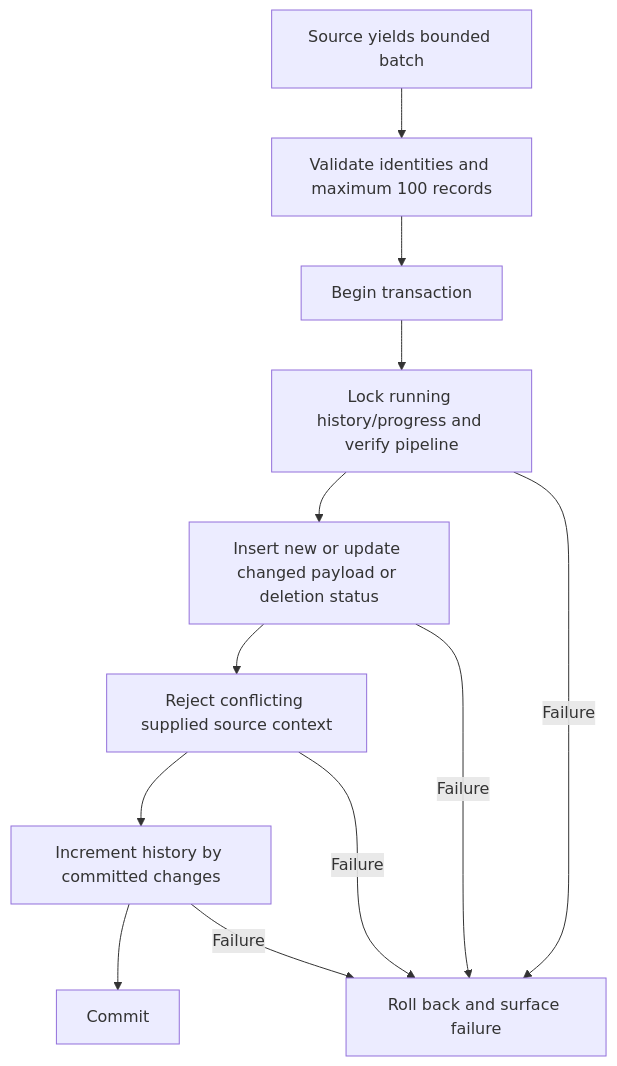
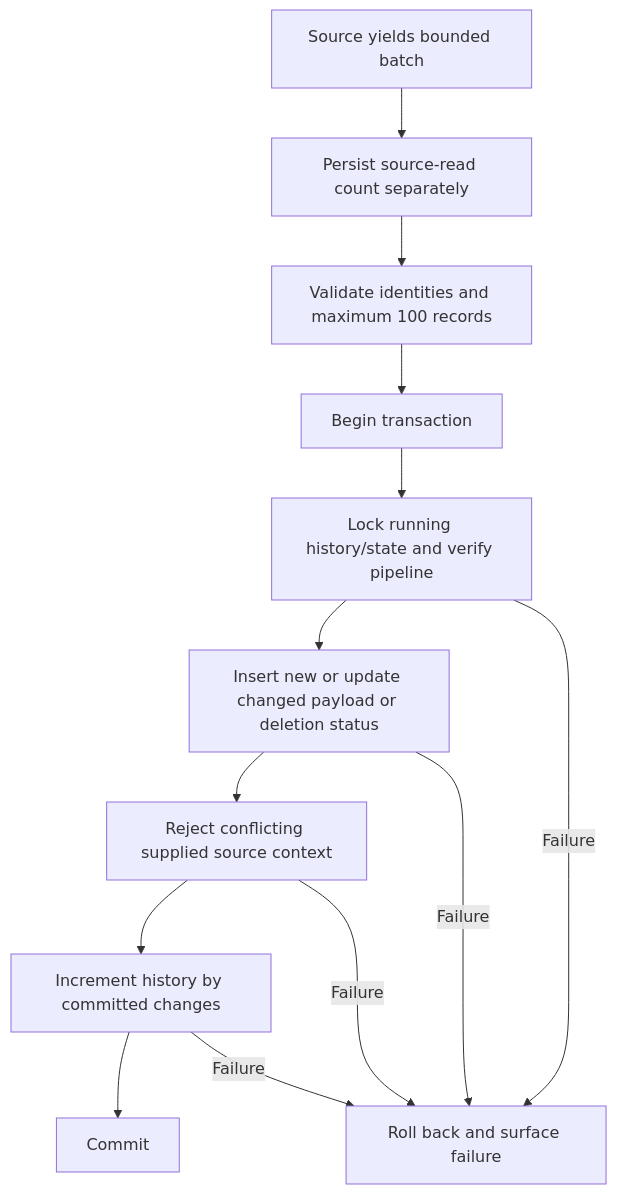
Before and after one commit to Shralp-Tamarack/data-pipeline-system-v2: the second of 4 diagrams in documentation/data-flow.md, drawn with Mermaid. The commit also changed other lines of this file and 50 other files, not shown here.

````diff
--- a/documentation/data-flow.md
+++ b/documentation/data-flow.md
@@ -37,14 +41,15 @@
 ```mermaid
 flowchart TD
-    A[Source yields bounded batch] --> B[Validate identities and maximum 100 records]
+    A[Source yields bounded batch] --> Q[Persist source-read count separately]
+    Q --> B[Validate identities and maximum 100 records]
     B --> C[Begin transaction]
-    C --> D[Lock running history/progress and verify pipeline]
+    C --> D[Lock running history/state and verify pipeline]
     D --> E[Insert new or update changed payload or deletion status]
     E --> F[Reject conflicting supplied source context]
     F --> G[Increment history by committed changes]
     G --> H[Commit]
     D -->|Failure| R[Roll back and surface failure]
     E -->|Failure| R
     F -->|Failure| R
     G -->|Failure| R
 ```
````
